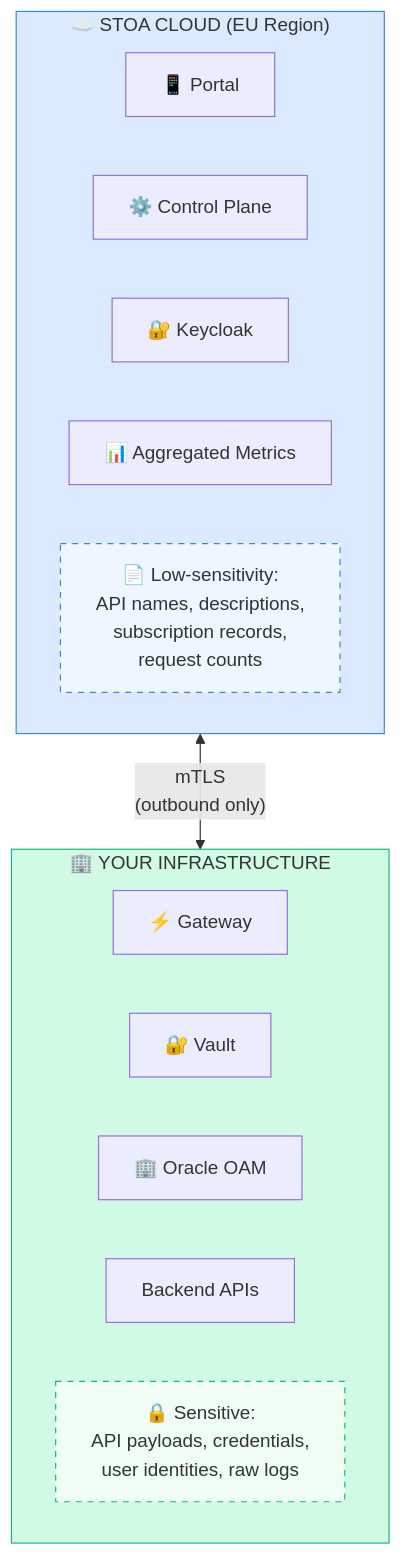
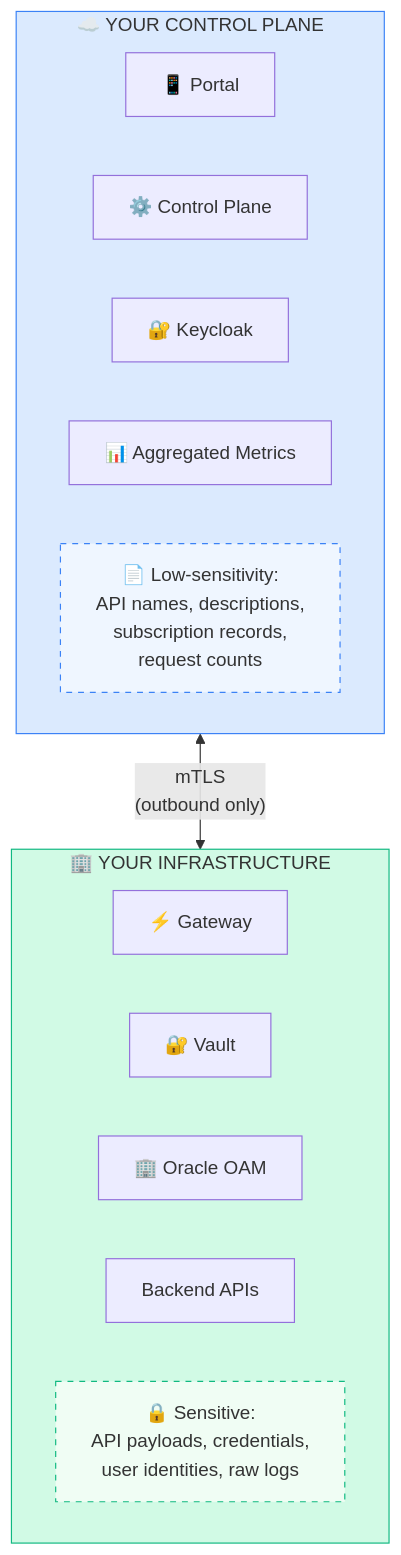
The diagram in docs/guides/fiches/data-sovereignty-gdpr.md (stoa-platform/stoa-docs), drawn with Mermaid before and after one commit. The commit also changed other lines of this file and 87 other files, not shown here.

````diff
--- a/docs/guides/fiches/data-sovereignty-gdpr.md
+++ b/docs/guides/fiches/data-sovereignty-gdpr.md
@@ -18,25 +18,25 @@
 ```mermaid
 flowchart TB
-    subgraph Cloud["☁️ STOA CLOUD (EU Region)"]
+    subgraph Cloud["☁️ YOUR CONTROL PLANE"]
         Portal["📱 Portal"]
         Config["⚙️ Control Plane"]
         KC["🔐 Keycloak"]
         Metrics["📊 Aggregated Metrics"]
         CloudData["📄 Low-sensitivity:<br/>API names, descriptions,<br/>subscription records,<br/>request counts"]
     end
 
     subgraph OnPrem["🏢 YOUR INFRASTRUCTURE"]
         GW["⚡ Gateway"]
         Vault["🔐 Vault"]
         IdP["🏢 Oracle OAM"]
         APIs["Backend APIs"]
         OnPremData["🔒 Sensitive:<br/>API payloads, credentials,<br/>user identities, raw logs"]
     end
 
     Cloud <-->|"mTLS<br/>(outbound only)"| OnPrem
 
     style Cloud fill:#dbeafe,stroke:#3b82f6
     style OnPrem fill:#d1fae5,stroke:#10b981
     style CloudData fill:#eff6ff,stroke:#3b82f6,stroke-dasharray: 5 5
     style OnPremData fill:#f0fdf4,stroke:#10b981,stroke-dasharray: 5 5
 ```
````
